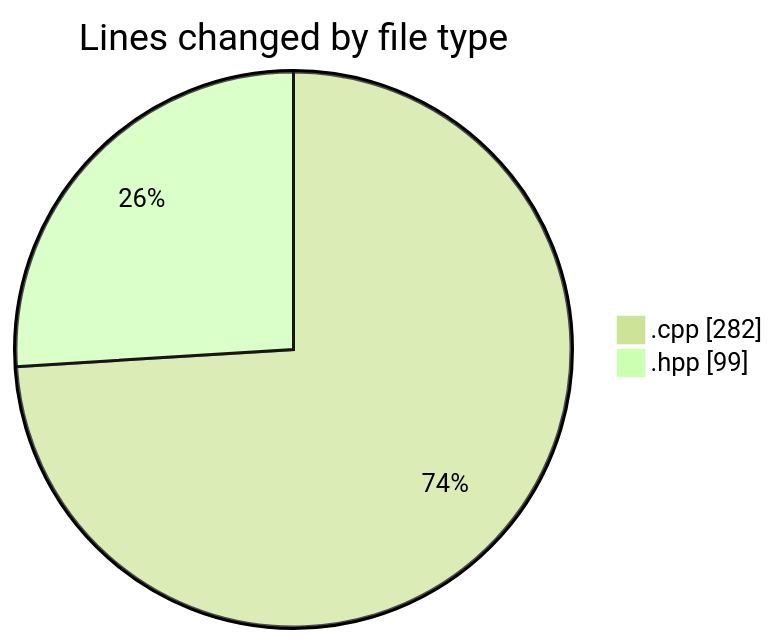
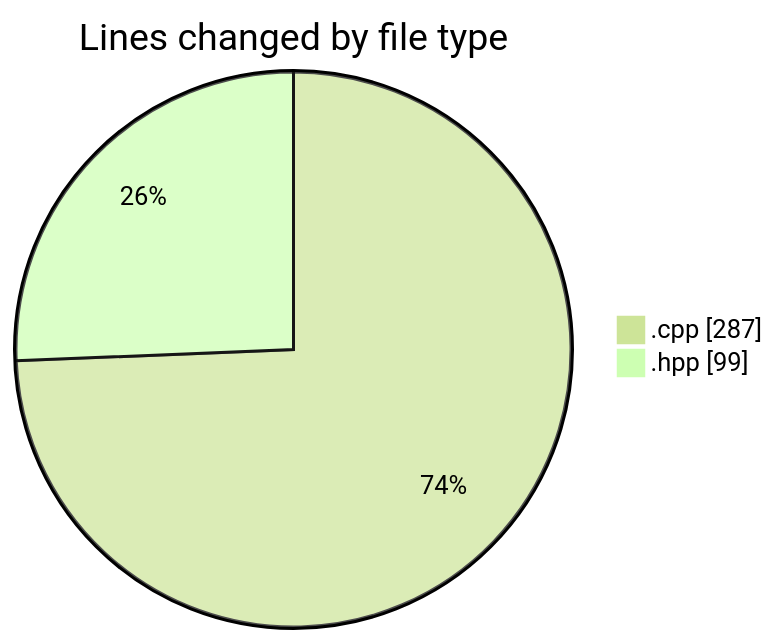
One commit to Netris89/code-tracking changed the first of 2 diagrams in 2025-04-24/echo/README.md. Above: the diagram before and after it, drawn with Mermaid (forest theme). The commit also changed other lines of this file and 1 other file, not shown here.

````diff
--- a/2025-04-24/echo/README.md
+++ b/2025-04-24/echo/README.md
@@ -21,6 +21,6 @@
 ```mermaid
 pie showData
 title Lines changed by file type
-".cpp" : 282
+".cpp" : 287
 ".hpp" : 99
 ```
````
